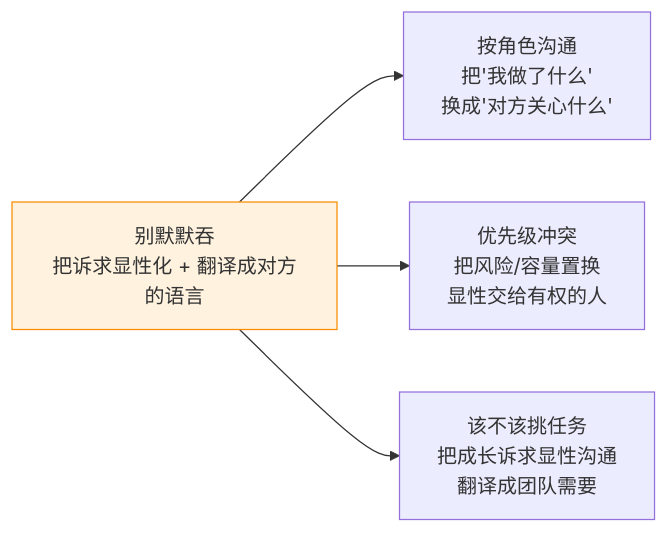
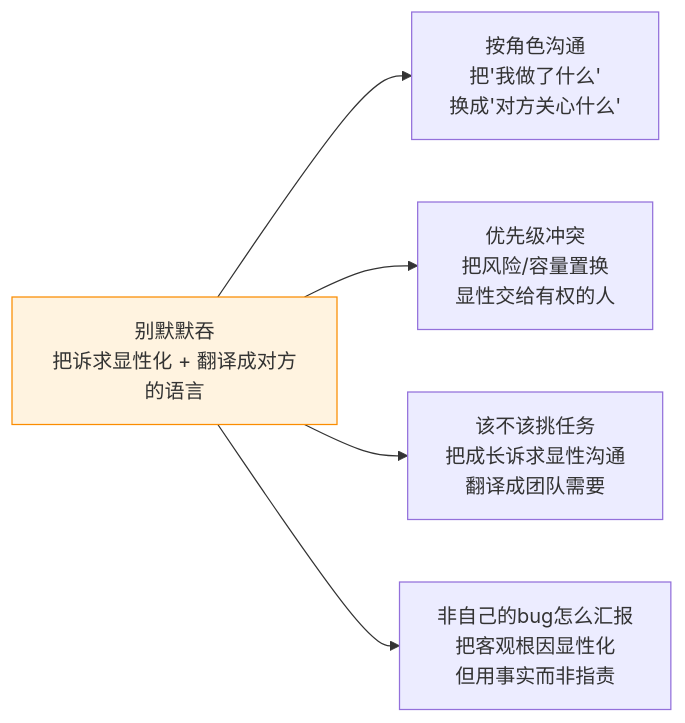
The second of 2 diagrams in docs/README.md (yishengyuan/thinking), drawn with Mermaid before and after one commit. The commit also changed other lines of this file and 1 other file, not shown here.

````diff
--- a/docs/README.md
+++ b/docs/README.md
@@ -52,9 +54,10 @@
 ```mermaid
 flowchart LR
     CORE[别默默吞<br/>把诉求显性化 + 翻译成对方的语言]
     CORE --> A[按角色沟通<br/>把'我做了什么'<br/>换成'对方关心什么']
     CORE --> B[优先级冲突<br/>把风险/容量置换<br/>显性交给有权的人]
     CORE --> C[该不该挑任务<br/>把成长诉求显性沟通<br/>翻译成团队需要]
+    CORE --> D[非自己的bug怎么汇报<br/>把客观根因显性化<br/>但用事实而非指责]
 
     style CORE fill:#fff3e0,stroke:#fb8c00
 ```
````
